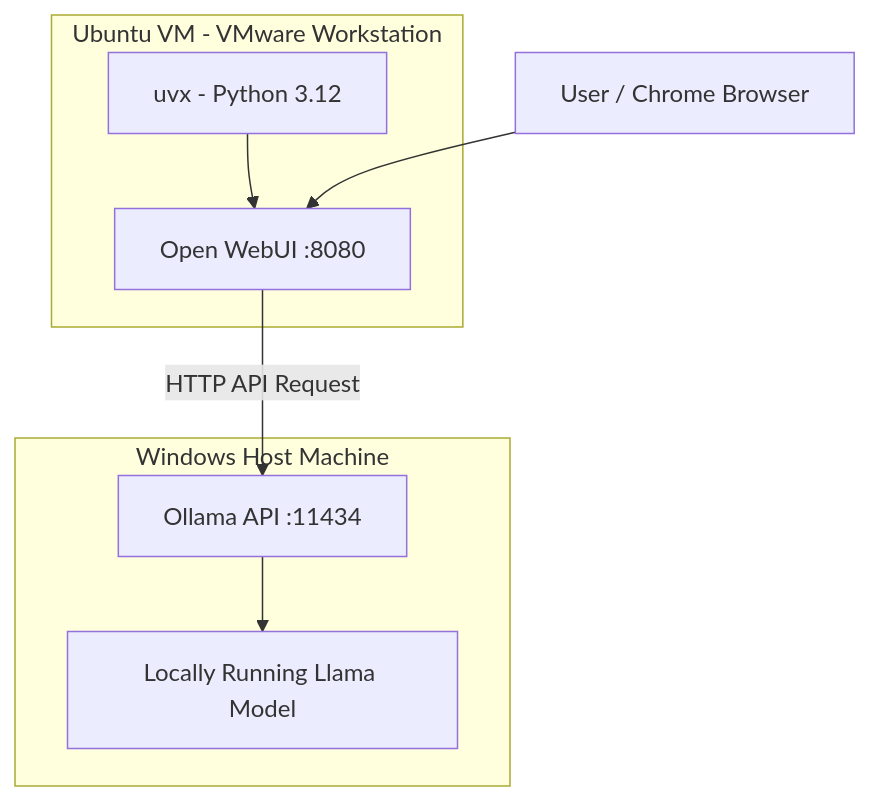
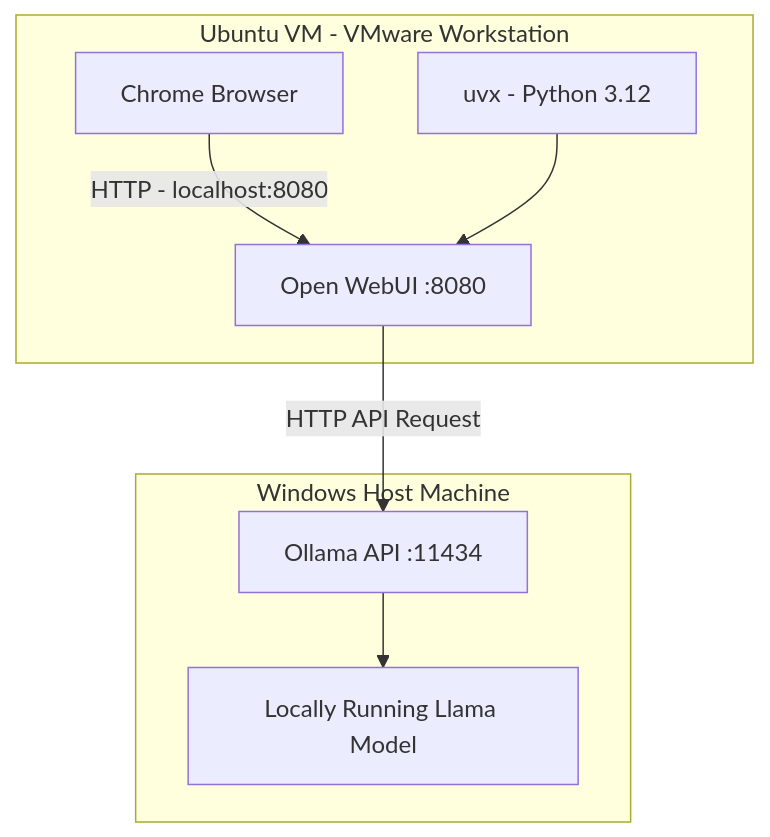
One commit to Thiruvangadan/local-ai-ollama-openwebui changed the diagram in README.md. Above: the diagram before and after it, drawn with Mermaid.

````diff
--- a/README.md
+++ b/README.md
@@ -19,18 +19,18 @@
 ```mermaid
 flowchart TB
-    A[User / Chrome Browser]
     subgraph VM["Ubuntu VM - VMware Workstation"]
+        A[Chrome Browser]
         B[Open WebUI :8080]
         C[uvx - Python 3.12]
+        A -->|HTTP - localhost:8080| B
         C --> B
     end
 
     subgraph HOST["Windows Host Machine"]
         D[Ollama API :11434]
         E[Locally Running Llama Model]
         D --> E
     end
 
-    A --> B
     B -->|HTTP API Request| D
 ```
````
